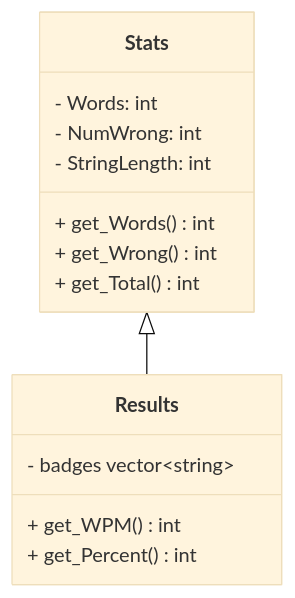
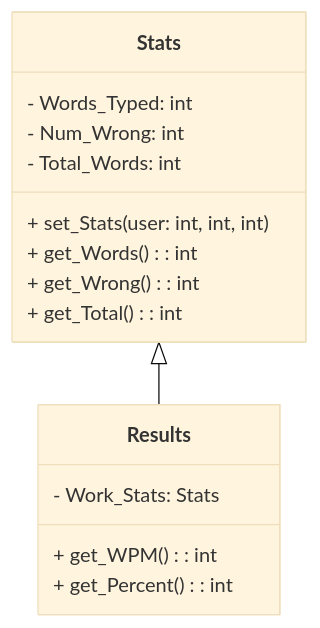
Before and after one commit to raprado03/tippitytappity-design: the diagram in README.md, drawn with Mermaid (base theme).

````diff
--- a/README.md
+++ b/README.md
@@ -8,17 +8,18 @@
 ```mermaid
 classDiagram
   Stats <|-- Results
   class Stats{
-        - Words: int
-        - NumWrong: int
-        - StringLength: int
-        + get_Words() int
-        + get_Wrong() int
-        + get_Total() int
+        - Words_Typed: int
+        - Num_Wrong: int
+        - Total_Words: int
+        + set_Stats(user: int, int, int)
+        + get_Words(): int
+        + get_Wrong(): int
+        + get_Total(): int
   }
   class Results{
-        - badges vector~string~
-        + get_WPM() int
-        + get_Percent() int
+        - Work_Stats: Stats
+        + get_WPM(): int
+        + get_Percent(): int
   }
 ```
````
